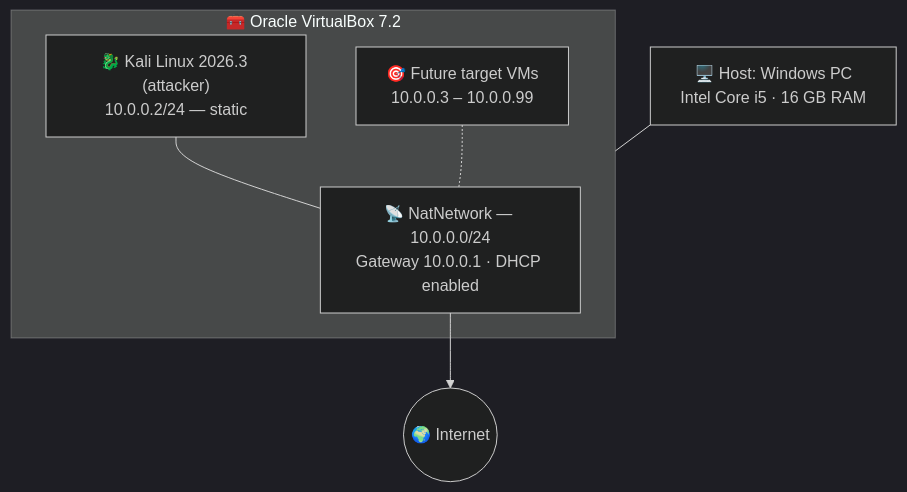
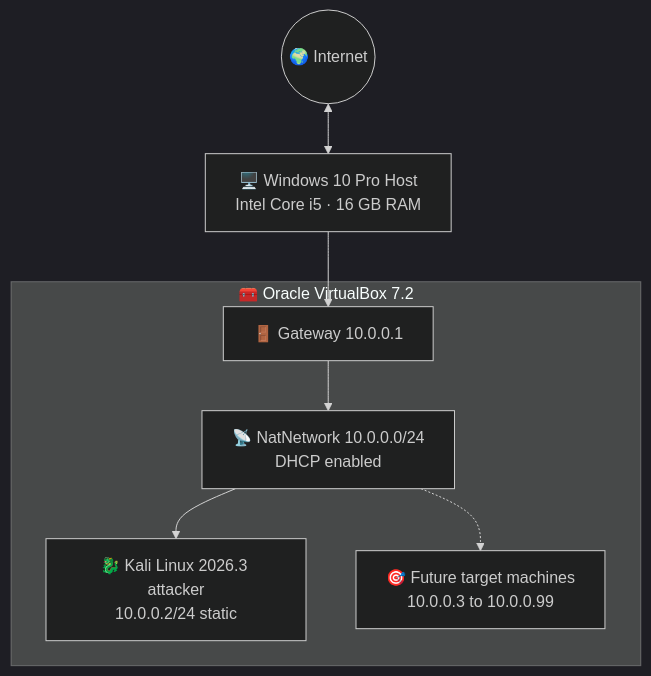
The diagram in README.md (musadiq-qureshi/Networkwalks-B084-week1-cybersecurity-lab-setup.), drawn with Mermaid (dark theme) before and after one commit. The commit also changed other lines of this file, not shown here.

````diff
--- a/README.md
+++ b/README.md
@@ -90,16 +97,18 @@
 ```mermaid
 flowchart TB
     Internet(("🌍 Internet"))
-    Host["🖥️ Host: Windows PC<br/>Intel Core i5 · 16 GB RAM"]
+    Host["🖥️ Windows 10 Pro Host<br/>Intel Core i5 · 16 GB RAM"]
 
     subgraph VB["🧰 Oracle VirtualBox 7.2"]
-        NAT["📡 NatNetwork — 10.0.0.0/24<br/>Gateway 10.0.0.1 · DHCP enabled"]
-        Kali["🐉 Kali Linux 2026.3 (attacker)<br/>10.0.0.2/24 — static"]
-        Future["🎯 Future target VMs<br/>10.0.0.3 – 10.0.0.99"]
+        GW["🚪 Gateway 10.0.0.1"]
+        NAT["📡 NatNetwork 10.0.0.0/24<br/>DHCP enabled"]
+        Kali["🐉 Kali Linux 2026.3 attacker<br/>10.0.0.2/24 static"]
+        Future["🎯 Future target machines<br/>10.0.0.3 to 10.0.0.99"]
     end
 
-    Host --- VB
-    Kali --- NAT
-    Future -.- NAT
-    NAT --> Internet
+    Internet <--> Host
+    Host --> GW
+    GW --> NAT
+    NAT --> Kali
+    NAT -.-> Future
 ```
````
